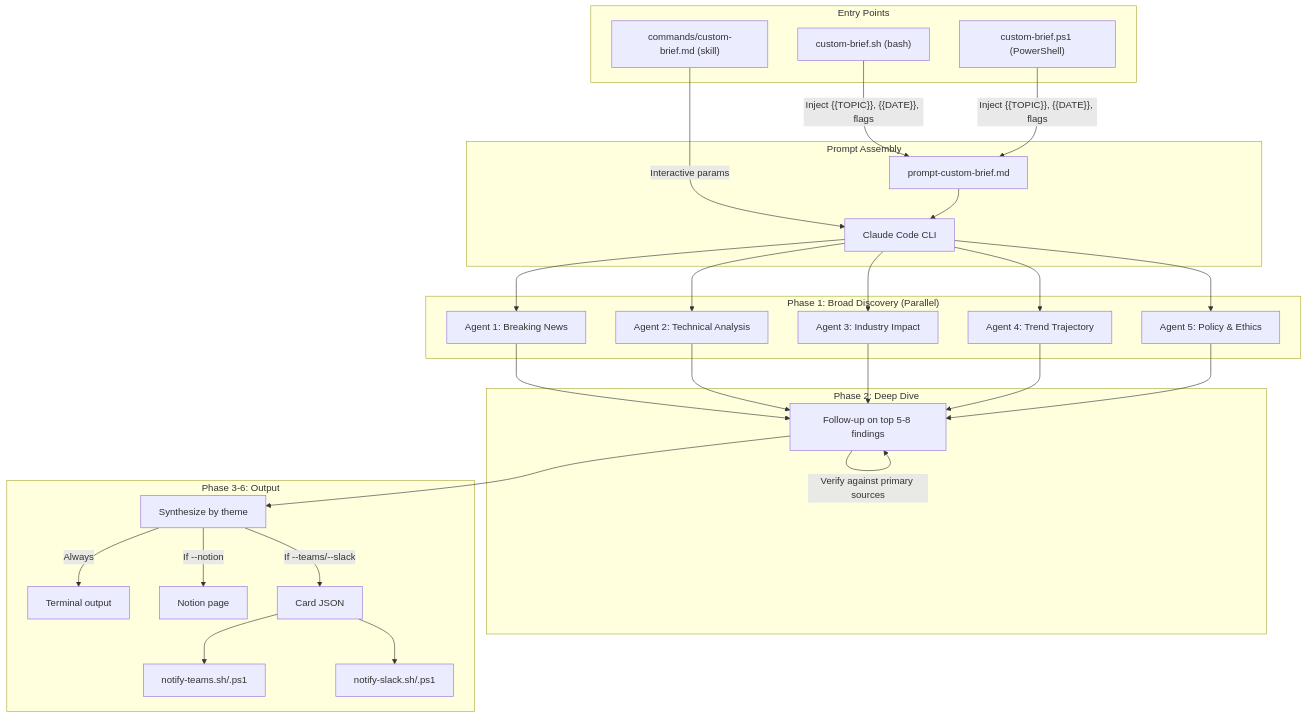
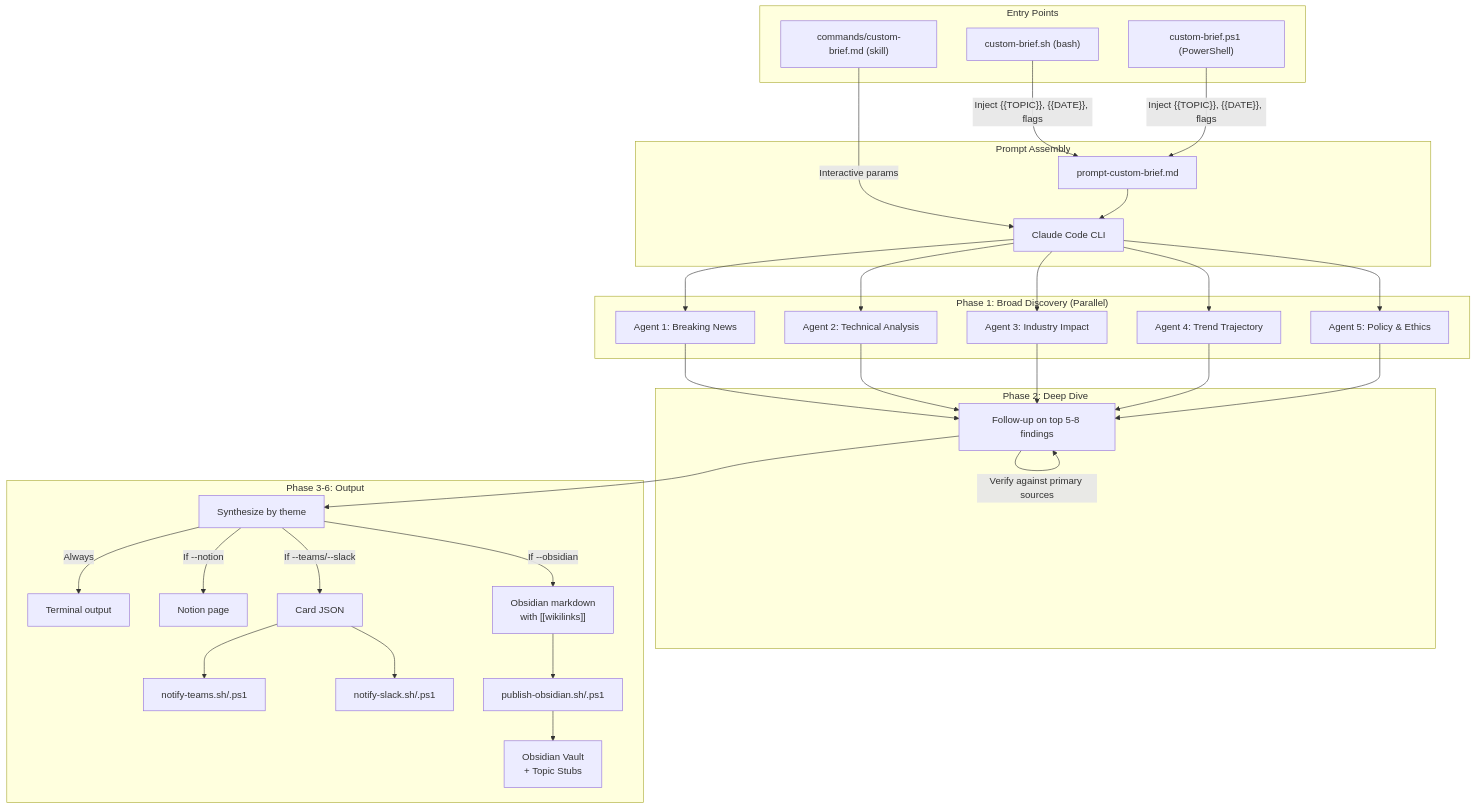
One commit to hoangsonww/ai-news-briefing changed the tenth of 19 diagrams in ARCHITECTURE.md. Above: the diagram before and after it, drawn with Mermaid. The commit also changed other lines of this file and 22 other files, not shown here.

Commit message:
feat: integrate Obsidian publishing for briefings with topic stubs

````diff
--- a/ARCHITECTURE.md
+++ b/ARCHITECTURE.md
@@ -552,41 +559,44 @@
 ```mermaid
 flowchart TD
     subgraph "Entry Points"
         SH["custom-brief.sh (bash)"]
         PS["custom-brief.ps1 (PowerShell)"]
         SK["commands/custom-brief.md (skill)"]
     end
 
     subgraph "Prompt Assembly"
         SH -->|"Inject {{TOPIC}}, {{DATE}}, flags"| PT[prompt-custom-brief.md]
         PS -->|"Inject {{TOPIC}}, {{DATE}}, flags"| PT
         SK -->|Interactive params| CC
         PT --> CC[Claude Code CLI]
     end
 
     subgraph "Phase 1: Broad Discovery (Parallel)"
         CC --> A1["Agent 1: Breaking News"]
         CC --> A2["Agent 2: Technical Analysis"]
         CC --> A3["Agent 3: Industry Impact"]
         CC --> A4["Agent 4: Trend Trajectory"]
         CC --> A5["Agent 5: Policy & Ethics"]
     end
 
     subgraph "Phase 2: Deep Dive"
         A1 --> DD[Follow-up on top 5-8 findings]
         A2 --> DD
         A3 --> DD
         A4 --> DD
         A5 --> DD
         DD -->|Verify against primary sources| DD
     end
 
     subgraph "Phase 3-6: Output"
         DD --> SYNTH[Synthesize by theme]
         SYNTH -->|Always| STDOUT[Terminal output]
         SYNTH -->|If --notion| NOTION[Notion page]
         SYNTH -->|If --teams/--slack| CARD[Card JSON]
+        SYNTH -->|If --obsidian| OBS["Obsidian markdown<br/>with [[wikilinks]]"]
         CARD --> NT["notify-teams.sh/.ps1"]
         CARD --> NS["notify-slack.sh/.ps1"]
+        OBS --> OP["publish-obsidian.sh/.ps1"]
+        OP --> VAULT["Obsidian Vault<br/>+ Topic Stubs"]
     end
 ```
````
